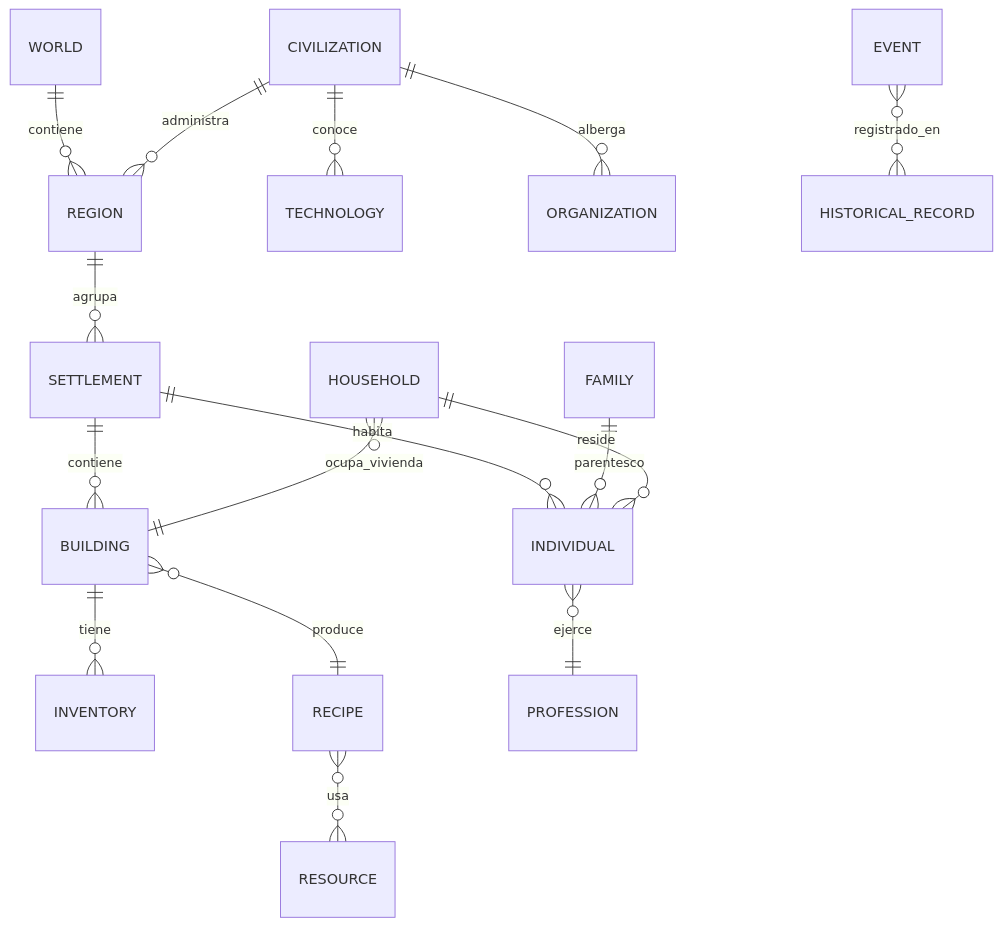
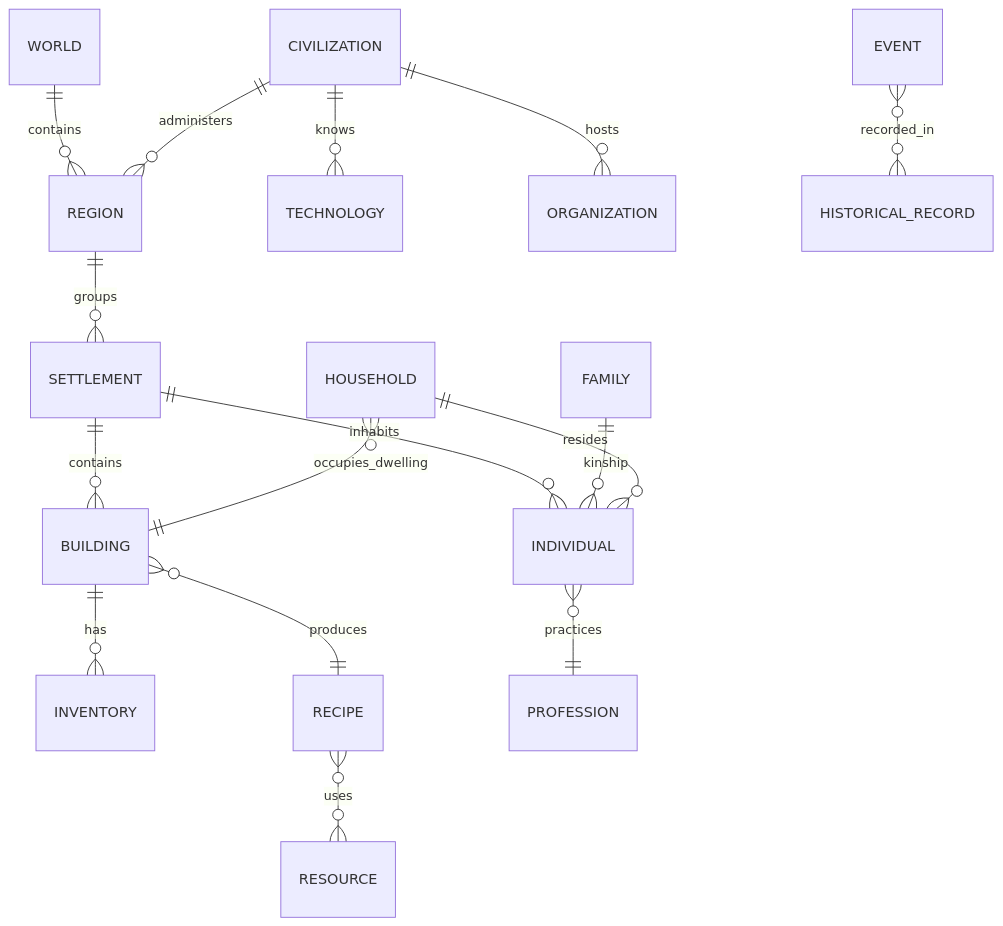
Before and after one commit to guidoalloatti/civilizations-evolution-doc: the second of 2 diagrams in SHARED_DATA_MODEL.md, drawn with Mermaid. The commit also changed other lines of this file and 47 other files, not shown here.

````diff
--- a/SHARED_DATA_MODEL.md
+++ b/SHARED_DATA_MODEL.md
@@ -228,18 +228,18 @@
 ```mermaid
 erDiagram
-    WORLD ||--o{ REGION : contiene
-    REGION ||--o{ SETTLEMENT : agrupa
-    CIVILIZATION ||--o{ REGION : administra
-    SETTLEMENT ||--o{ BUILDING : contiene
-    SETTLEMENT ||--o{ INDIVIDUAL : habita
-    FAMILY ||--o{ INDIVIDUAL : parentesco
-    HOUSEHOLD ||--o{ INDIVIDUAL : reside
-    HOUSEHOLD }o--|| BUILDING : ocupa_vivienda
-    BUILDING ||--o{ INVENTORY : tiene
-    BUILDING }o--|| RECIPE : produce
-    RECIPE }o--o{ RESOURCE : usa
-    INDIVIDUAL }o--|| PROFESSION : ejerce
-    CIVILIZATION ||--o{ TECHNOLOGY : conoce
-    CIVILIZATION ||--o{ ORGANIZATION : alberga
-    EVENT }o--o{ HISTORICAL_RECORD : registrado_en
+    WORLD ||--o{ REGION : contains
+    REGION ||--o{ SETTLEMENT : groups
+    CIVILIZATION ||--o{ REGION : administers
+    SETTLEMENT ||--o{ BUILDING : contains
+    SETTLEMENT ||--o{ INDIVIDUAL : inhabits
+    FAMILY ||--o{ INDIVIDUAL : kinship
+    HOUSEHOLD ||--o{ INDIVIDUAL : resides
+    HOUSEHOLD }o--|| BUILDING : occupies_dwelling
+    BUILDING ||--o{ INVENTORY : has
+    BUILDING }o--|| RECIPE : produces
+    RECIPE }o--o{ RESOURCE : uses
+    INDIVIDUAL }o--|| PROFESSION : practices
+    CIVILIZATION ||--o{ TECHNOLOGY : knows
+    CIVILIZATION ||--o{ ORGANIZATION : hosts
+    EVENT }o--o{ HISTORICAL_RECORD : recorded_in
 ```
````
